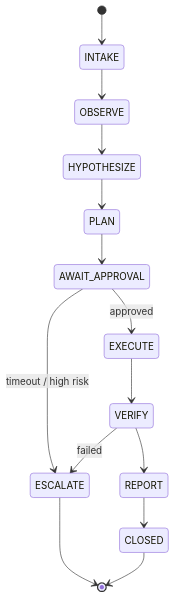
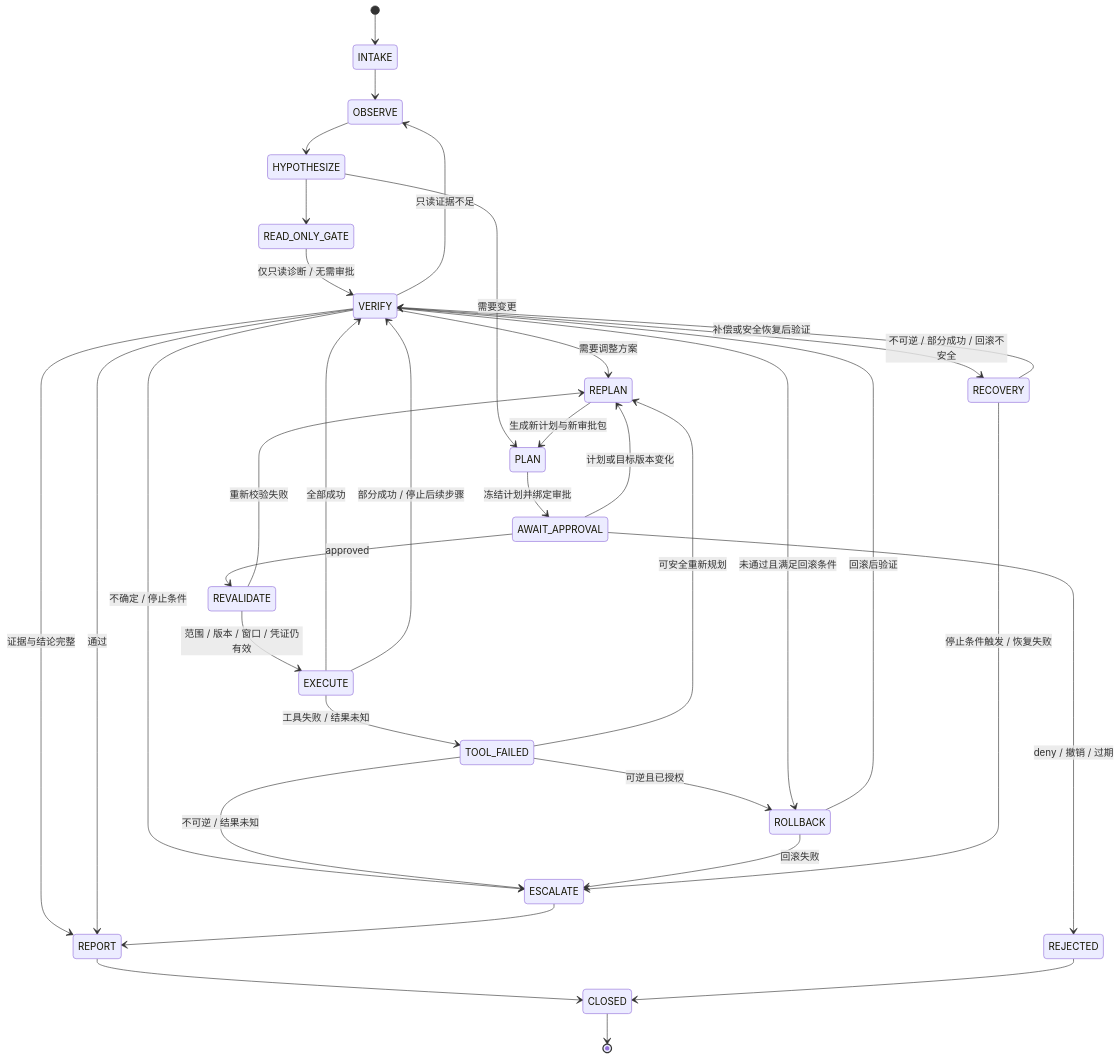
Before and after one commit to ai-guru-global/the-ops-agent-book: the second of 2 diagrams in docs/guide/04-architecture.md, drawn with Mermaid. The commit also changed other lines of this file and 144 other files, not shown here.

````diff
--- a/docs/guide/04-architecture.md
+++ b/docs/guide/04-architecture.md
@@ -42,16 +71,40 @@
 ```mermaid
 stateDiagram-v2
   [*] --> INTAKE
   INTAKE --> OBSERVE
   OBSERVE --> HYPOTHESIZE
-  HYPOTHESIZE --> PLAN
-  PLAN --> AWAIT_APPROVAL
-  AWAIT_APPROVAL --> EXECUTE: approved
-  AWAIT_APPROVAL --> ESCALATE: timeout / high risk
-  EXECUTE --> VERIFY
-  VERIFY --> REPORT
+  HYPOTHESIZE --> READ_ONLY_GATE
+  READ_ONLY_GATE --> VERIFY: 仅只读诊断 / 无需审批
+  VERIFY --> REPORT: 证据与结论完整
   REPORT --> CLOSED
-  VERIFY --> ESCALATE: failed
-  ESCALATE --> [*]
+  HYPOTHESIZE --> PLAN: 需要变更
+  PLAN --> AWAIT_APPROVAL: 冻结计划并绑定审批
+  AWAIT_APPROVAL --> REJECTED: deny / 撤销 / 过期
+  REJECTED --> CLOSED
+  AWAIT_APPROVAL --> REPLAN: 计划或目标版本变化
+  REPLAN --> PLAN: 生成新计划与新审批包
+  AWAIT_APPROVAL --> REVALIDATE: approved
+  REVALIDATE --> EXECUTE: 范围 / 版本 / 窗口 / 凭证仍有效
+  REVALIDATE --> REPLAN: 重新校验失败
+  EXECUTE --> VERIFY: 全部成功
+  EXECUTE --> TOOL_FAILED: 工具失败 / 结果未知
+  EXECUTE --> VERIFY: 部分成功 / 停止后续步骤
+  VERIFY --> OBSERVE: 只读证据不足
+  VERIFY --> ESCALATE: 不确定 / 停止条件
+  TOOL_FAILED --> REPLAN: 可安全重新规划
+  TOOL_FAILED --> ROLLBACK: 可逆且已授权
+  TOOL_FAILED --> ESCALATE: 不可逆 / 结果未知
+  VERIFY --> ROLLBACK: 未通过且满足回滚条件
+  VERIFY --> RECOVERY: 不可逆 / 部分成功 / 回滚不安全
+  VERIFY --> REPORT: 通过
+  VERIFY --> REPLAN: 需要调整方案
+  ROLLBACK --> VERIFY: 回滚后验证
+  ROLLBACK --> ESCALATE: 回滚失败
+  RECOVERY --> VERIFY: 补偿或安全恢复后验证
+  RECOVERY --> ESCALATE: 停止条件触发 / 恢复失败
+  ESCALATE --> REPORT
   CLOSED --> [*]
+
+  classDef diagram fill:#f4f4f4,stroke:#0f62fe,stroke-width:1.5px,color:#161616;
+  class INTAKE,OBSERVE,HYPOTHESIZE,READ_ONLY_GATE,PLAN,AWAIT_APPROVAL,REVALIDATE,EXECUTE,VERIFY,REPORT,CLOSED,REJECTED,REPLAN,TOOL_FAILED,ROLLBACK,RECOVERY,ESCALATE diagram;
 ```
````
